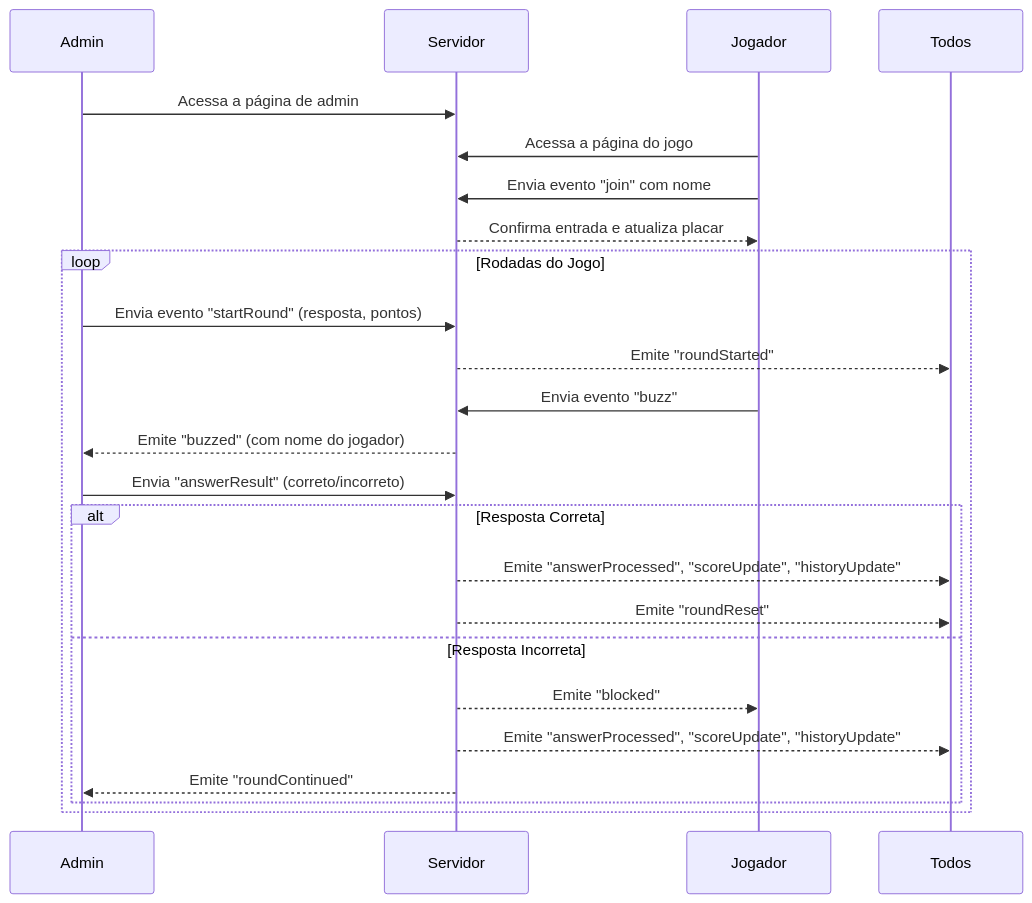
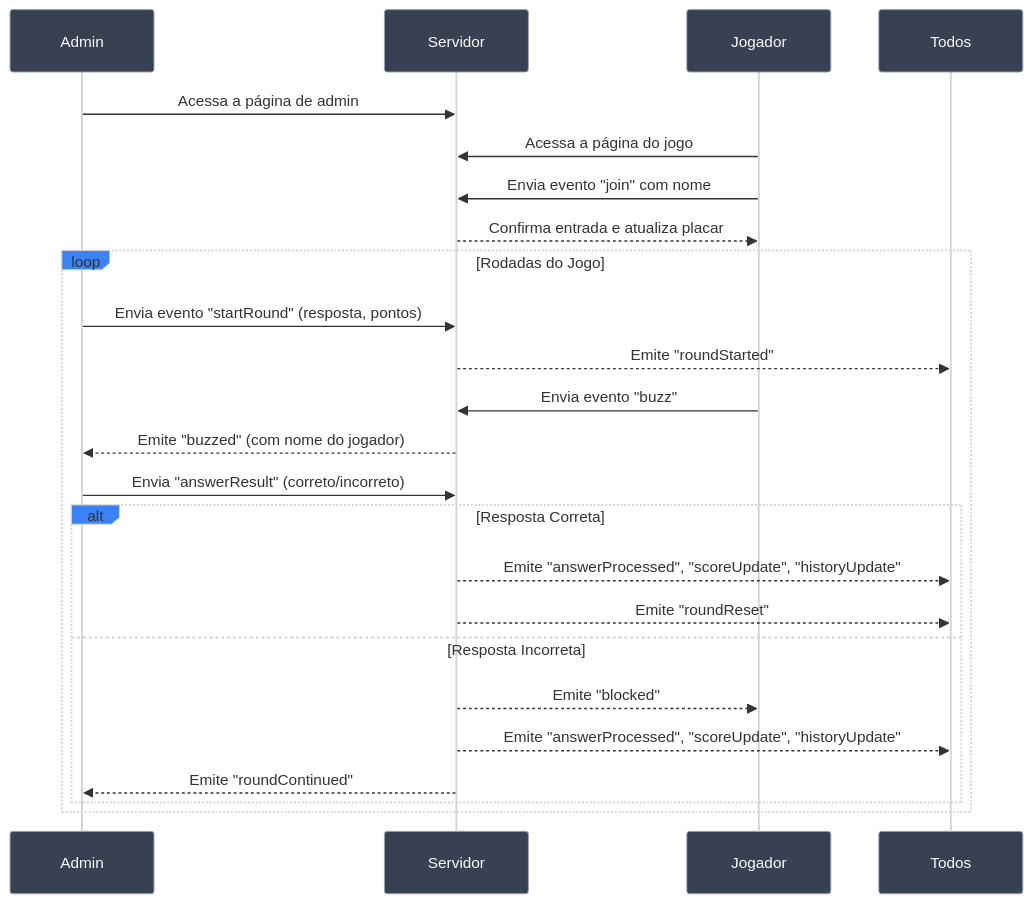
The first of 2 diagrams in README.md (alexandremendoncaalvaro/buzz-game), drawn with Mermaid before and after one commit. The commit also changed other lines of this file, not shown here.

Commit message:
Enhance README with detailed sequence diagrams and flowcharts for game logic and communication flow

````diff
--- a/README.md
+++ b/README.md
@@ -73,27 +73,45 @@
 ```mermaid
+%%{init: {
+  'theme': 'neutral',
+  'themeVariables': {
+    'primaryColor': '#3b82f6',
+    'primaryTextColor': '#ffffff',
+    'primaryBorderColor': '#1e40af',
+    'lineColor': '#6b7280',
+    'secondaryColor': '#10b981',
+    'tertiaryColor': '#8b5cf6',
+    'background': 'transparent',
+    'mainBkg': '#3b82f6',
+    'secondBkg': '#10b981',
+    'tertiaryBkg': '#8b5cf6',
+    'actorBkg': '#374151',
+    'actorBorder': '#9ca3af',
+    'actorTextColor': '#f9fafb'
+  }
+}}%%
 sequenceDiagram
     participant Admin
     participant Servidor
     participant Jogador
 
     Admin->>Servidor: Acessa a página de admin
     Jogador->>Servidor: Acessa a página do jogo
     Jogador->>Servidor: Envia evento "join" com nome
     Servidor-->>Jogador: Confirma entrada e atualiza placar
 
     loop Rodadas do Jogo
         Admin->>Servidor: Envia evento "startRound" (resposta, pontos)
         Servidor-->>Todos: Emite "roundStarted"
         Jogador->>Servidor: Envia evento "buzz"
         Servidor-->>Admin: Emite "buzzed" (com nome do jogador)
         Admin->>Servidor: Envia "answerResult" (correto/incorreto)
         alt Resposta Correta
             Servidor-->>Todos: Emite "answerProcessed", "scoreUpdate", "historyUpdate"
             Servidor-->>Todos: Emite "roundReset"
         else Resposta Incorreta
             Servidor-->>Jogador: Emite "blocked"
             Servidor-->>Todos: Emite "answerProcessed", "scoreUpdate", "historyUpdate"
             Servidor-->>Admin: Emite "roundContinued"
         end
     end
 ```
````
